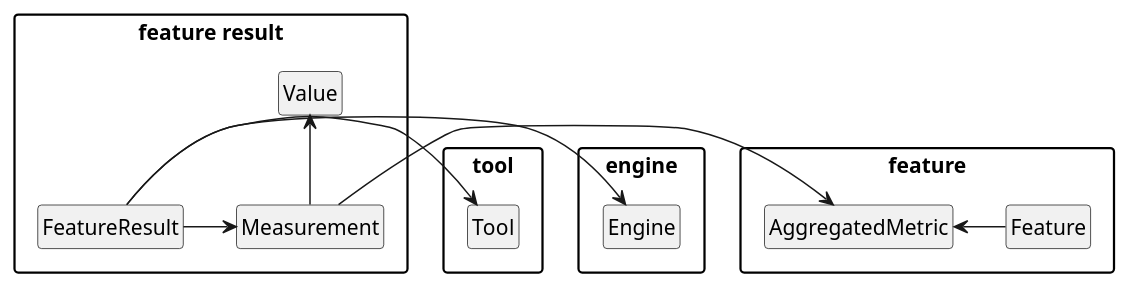
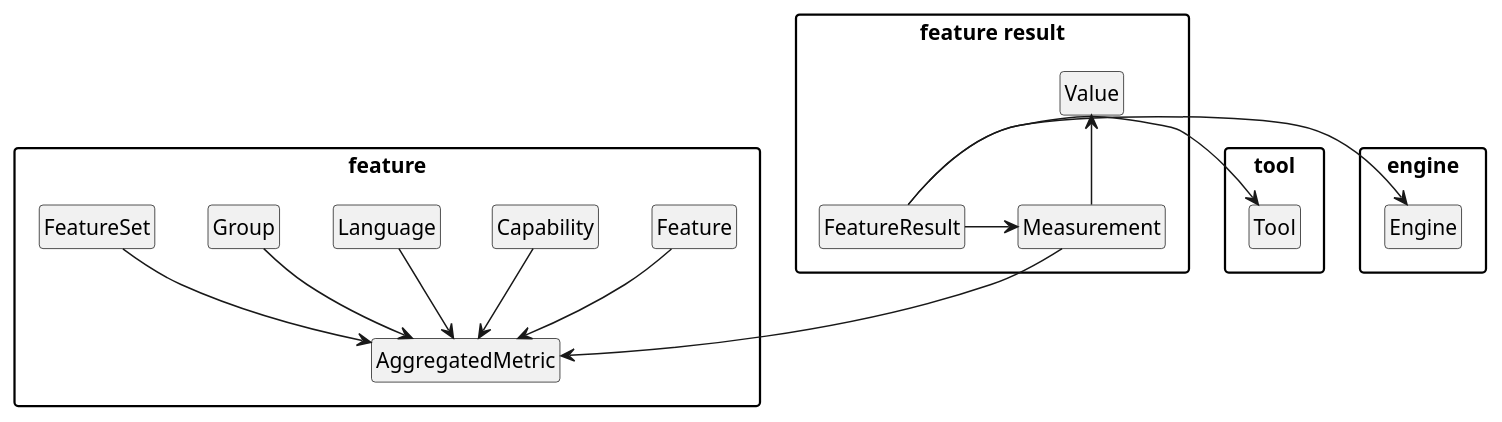
One commit to uniba-dsg/betsy changed the diagram in pebl/doc/result-feature-result.puml. Above: the diagram before and after it, drawn with PlantUML.

Commit message:
Better diagrams.

```diff
--- a/pebl/doc/result-feature-result.puml
+++ b/pebl/doc/result-feature-result.puml
@@ -1,40 +1,48 @@
 @startuml
 
 package "engine" {
   class Engine
 }
 package "tool" {
   class Tool
 }
 package "feature result" {
   class FeatureResult
   class Value
   class Measurement
 
   Measurement -up-> Value
 
   FeatureResult -> Measurement
   FeatureResult -> Tool
   FeatureResult -> Engine
 }
 
 package "feature" {
 
 	class AggregatedMetric
 
 	class Feature
+	class Capability
+    	class Language
+    	class Group
+    	class FeatureSet
 
-	Feature -left> AggregatedMetric
+	Feature --> AggregatedMetric
+	Capability --> AggregatedMetric
+	Language --> AggregatedMetric
+	Group --> AggregatedMetric
+	FeatureSet --> AggregatedMetric
 
 }
 
-Measurement -> AggregatedMetric
+Measurement --> AggregatedMetric
 
 hide empty members
 hide empty methods
 hide circle
 
 skinparam monochrome true
 skinparam shadowing false
 skinparam packageStyle rect
 @enduml
```
